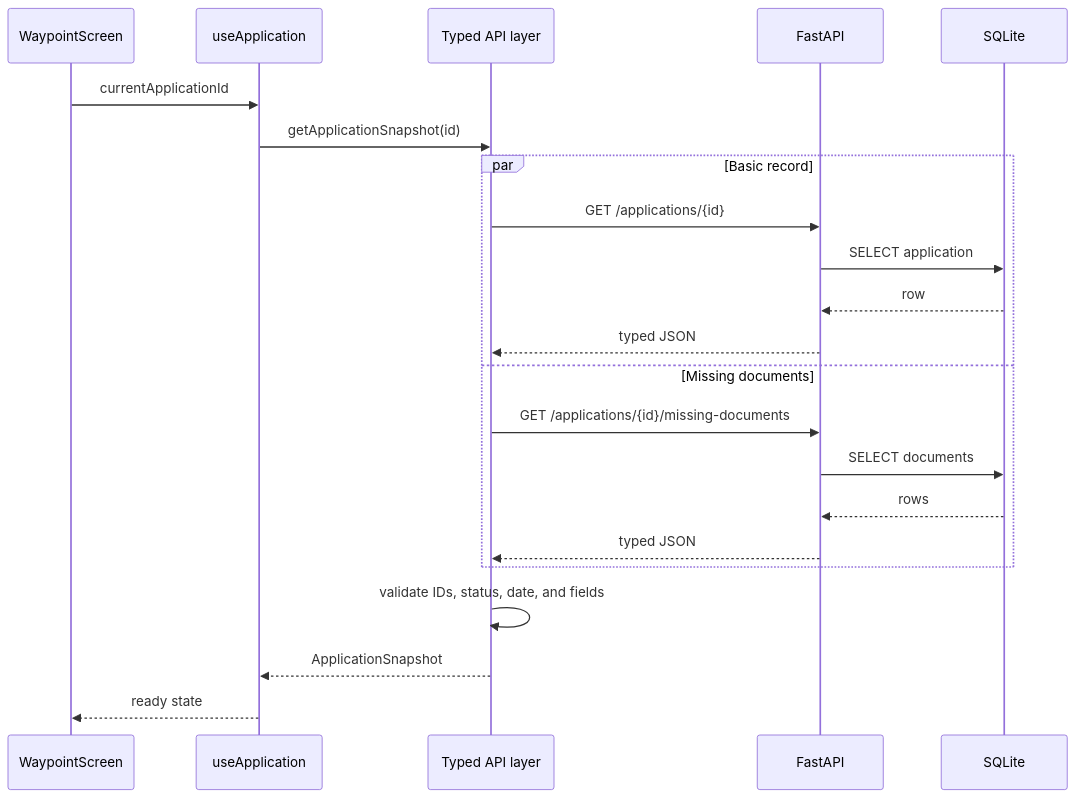
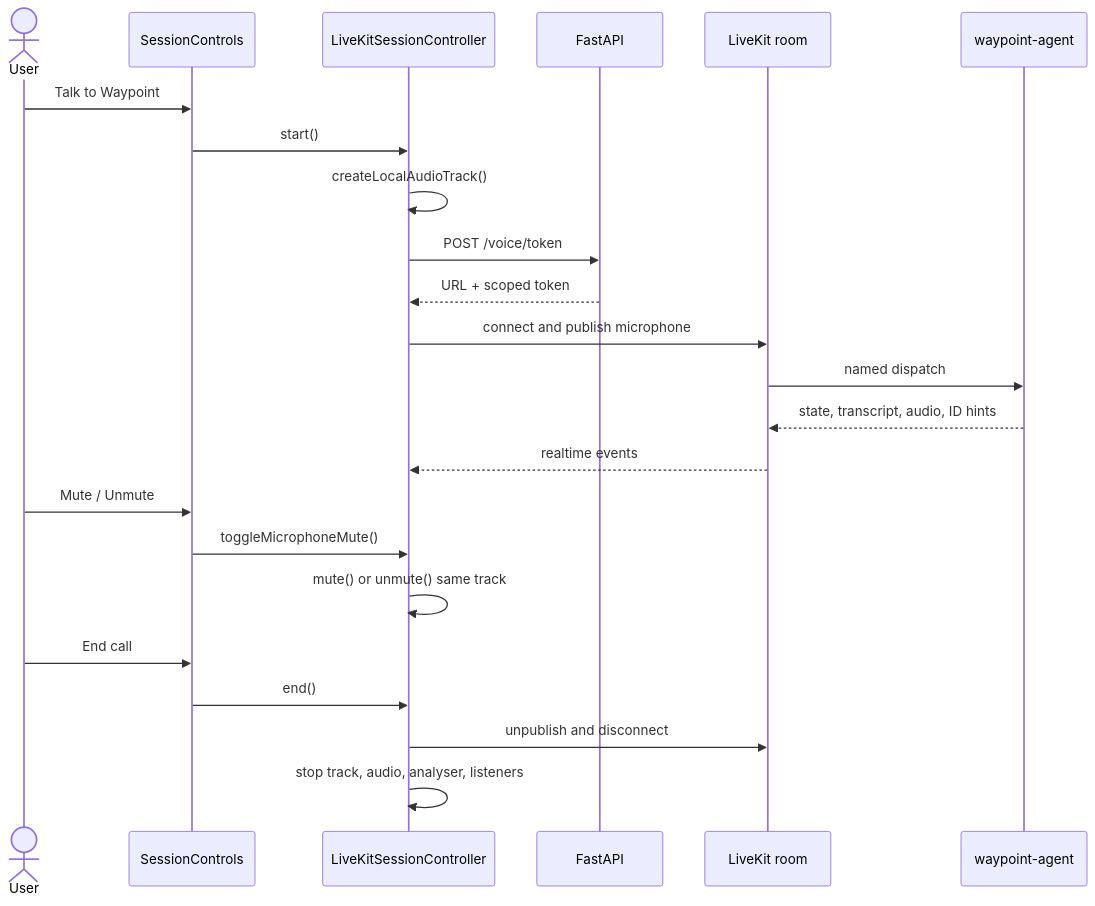
One commit to Parth-Bisht-227/waypoint-voice-ai changed the fifth of 8 diagrams in docs/ARCHITECTURE.md. Above: the diagram before and after it, drawn with Mermaid. The commit also changed other lines of this file and 6 other files, not shown here.

````diff
--- a/docs/ARCHITECTURE.md
+++ b/docs/ARCHITECTURE.md
@@ -151,25 +158,28 @@
-```mermaid
+~~~mermaid
 sequenceDiagram
-    participant Screen as WaypointScreen
-    participant Hook as useApplication
-    participant API as Typed API layer
-    participant FastAPI
-    participant DB as SQLite
+    actor User
+    participant UI as SessionControls
+    participant C as LiveKitSessionController
+    participant API as FastAPI
+    participant Room as LiveKit room
+    participant Agent as waypoint-agent
 
-    Screen->>Hook: currentApplicationId
-    Hook->>API: getApplicationSnapshot(id)
-    par Basic record
-        API->>FastAPI: GET /applications/{id}
-        FastAPI->>DB: SELECT application
-        DB-->>FastAPI: row
-        FastAPI-->>API: typed JSON
-    and Missing documents
-        API->>FastAPI: GET /applications/{id}/missing-documents
-        FastAPI->>DB: SELECT documents
-        DB-->>FastAPI: rows
-        FastAPI-->>API: typed JSON
-    end
-    API->>API: validate IDs, status, date, and fields
-    API-->>Hook: ApplicationSnapshot
-    Hook-->>Screen: ready state
-```
+    User->>UI: Talk to Waypoint
+    UI->>C: start()
+    C->>C: createLocalAudioTrack()
+    C->>API: POST /voice/token
+    API-->>C: URL + scoped token
+    C->>Room: connect and publish microphone
+    Room->>Agent: named dispatch
+    Agent-->>Room: state, transcript, audio, ID hints
+    Room-->>C: realtime events
+
+    User->>UI: Mute / Unmute
+    UI->>C: toggleMicrophoneMute()
+    C->>C: mute() or unmute() same track
+
+    User->>UI: End call
+    UI->>C: end()
+    C->>Room: unpublish and disconnect
+    C->>C: stop track, audio, analyser, listeners
+~~~
````
